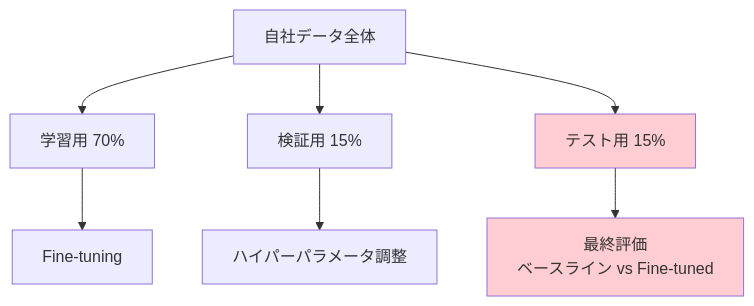
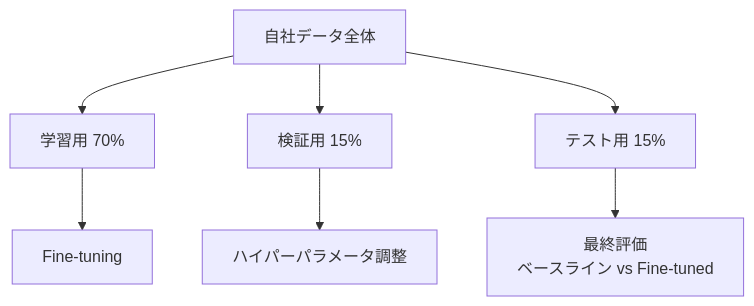
Before and after one commit to 0h-n0/zenn-contents: the second of 2 diagrams in articles/db325cb1cb2e24.md, drawn with Mermaid. The commit also changed other lines of this file and 13 other files, not shown here.

First line of the commit message:
fix: Mermaidダイアグラムのカスタムスタイル(fill/stroke/color)を削除

````diff
--- a/articles/db325cb1cb2e24.md
+++ b/articles/db325cb1cb2e24.md
@@ -543,12 +539,10 @@
 ```mermaid
 graph TD
     A[自社データ全体] --> B[学習用 70%]
     A --> C[検証用 15%]
     A --> D[テスト用 15%]
     B --> E[Fine-tuning]
     C --> F[ハイパーパラメータ調整]
     D --> G[最終評価<br/>ベースライン vs Fine-tuned]
 
-    style D fill:#ffcdd2
-    style G fill:#ffcdd2
 ```
````
